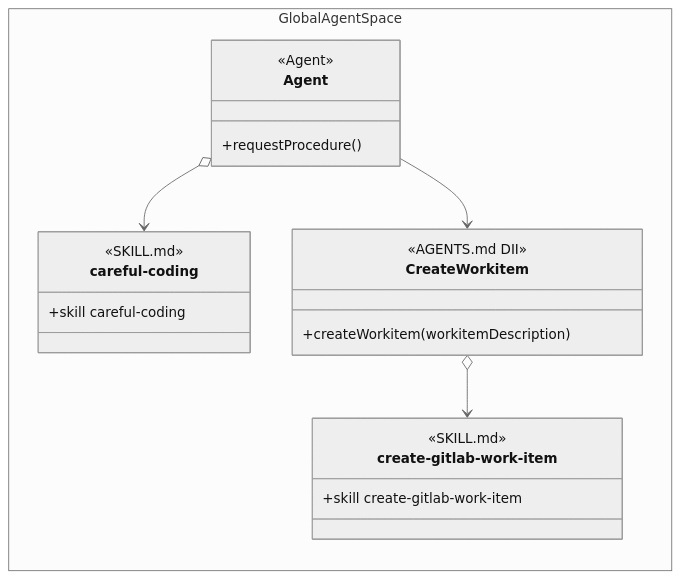
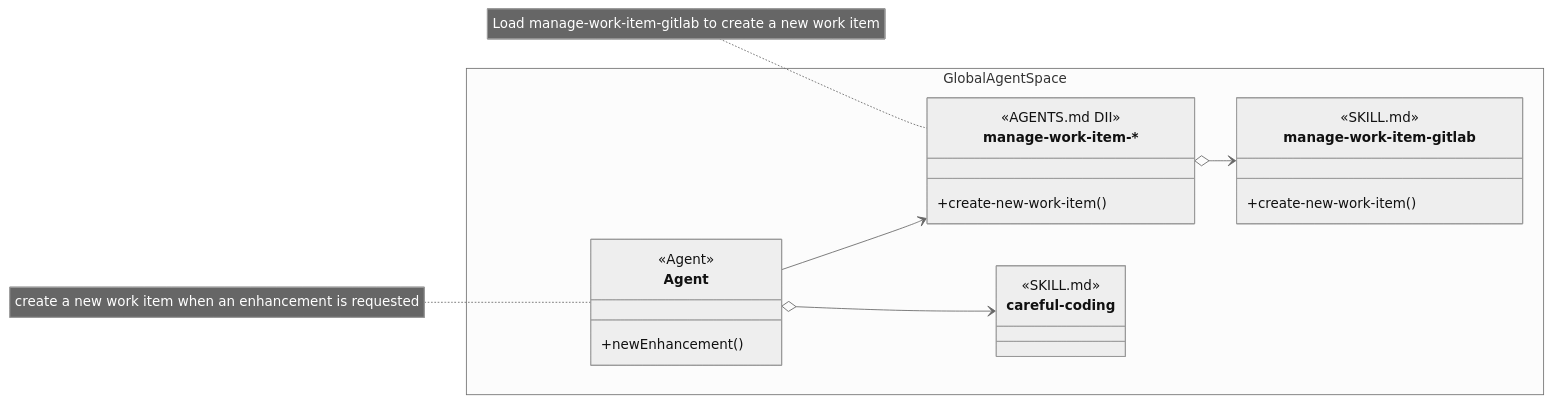
Before and after one commit to martinbechard/dev-methodology: the first of 11 diagrams in design/object-oriented-agent-and-skill-model.md, drawn with Mermaid (neutral theme). The commit also changed other lines of this file and 2 other files, not shown here.

Commit message:
Clarify whole-skill and work-item DII notation

````diff
--- a/design/object-oriented-agent-and-skill-model.md
+++ b/design/object-oriented-agent-and-skill-model.md
@@ -60,32 +60,35 @@
 ```mermaid
 classDiagram
     direction LR
 
     namespace GlobalAgentSpace {
         class Agent {
             <<Agent>>
-            +requestProcedure()
+            +newEnhancement()
         }
 
-        class CreateWorkitem {
+        class manage-work-item["manage-work-item-*"] {
             <<AGENTS.md DII>>
-            +createWorkitem(workitemDescription)
+            <<abstract>>
+            +create-new-work-item()
         }
 
-        class create-gitlab-work-item {
+        class manage-work-item-gitlab {
             <<SKILL.md>>
             <<Injectable Skill>>
-            +skill create-gitlab-work-item
+            +create-new-work-item()
         }
 
         class careful-coding {
             <<SKILL.md>>
             <<Agent Skill>>
-            +skill careful-coding
         }
     }
 
     Agent o--> careful-coding
-    Agent --> CreateWorkitem
-    CreateWorkitem o--> create-gitlab-work-item
+    Agent --> manage-work-item
+    manage-work-item o--> manage-work-item-gitlab
+
+    note for Agent "create a new work item when an enhancement is requested"
+    note for manage-work-item "Load manage-work-item-gitlab to create a new work item"
 ```
````
